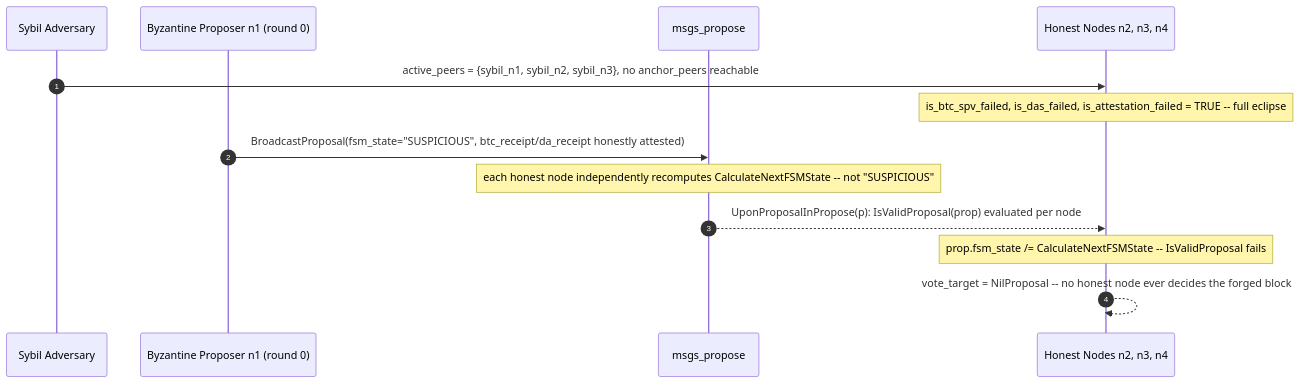
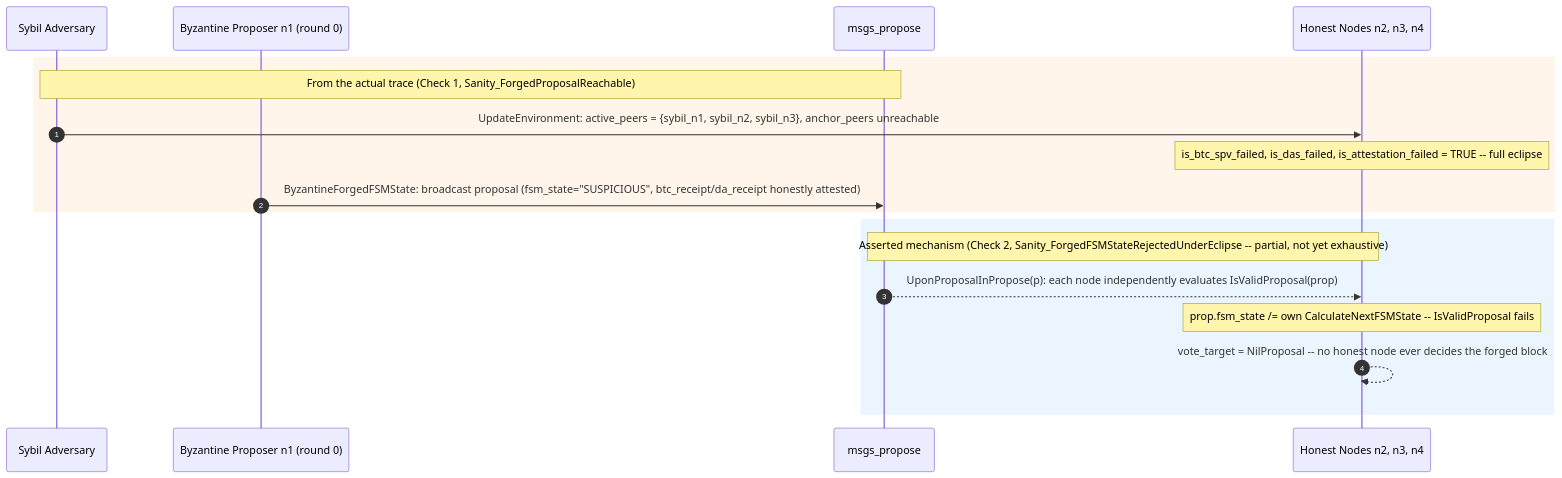
Before and after one commit to cuongct924/engram-sovereign-fsm: the ninth of 9 diagrams in spec/README.md, drawn with Mermaid. The commit also changed other lines of this file and 4 other files, not shown here.

````diff
--- a/spec/README.md
+++ b/spec/README.md
@@ -979,16 +1003,21 @@
 ```mermaid
 sequenceDiagram
     autonumber
     participant Adv as Sybil Adversary
     participant B as Byzantine Proposer n1 (round 0)
     participant Q as msgs_propose
     participant V as Honest Nodes n2, n3, n4
 
-    Adv->>V: active_peers = {sybil_n1, sybil_n2, sybil_n3}, no anchor_peers reachable
+    rect rgb(255, 245, 235)
+    Note over Adv,Q: From the actual trace (Check 1, Sanity_ForgedProposalReachable)
+    Adv->>V: UpdateEnvironment: active_peers = {sybil_n1, sybil_n2, sybil_n3}, anchor_peers unreachable
     Note over V: is_btc_spv_failed, is_das_failed, is_attestation_failed = TRUE -- full eclipse
-    B->>Q: BroadcastProposal(fsm_state="SUSPICIOUS", btc_receipt/da_receipt honestly attested)
-    Note over Q: each honest node independently recomputes CalculateNextFSMState -- not "SUSPICIOUS"
-    Q-->>V: UponProposalInPropose(p): IsValidProposal(prop) evaluated per node
-    Note over V: prop.fsm_state /= CalculateNextFSMState -- IsValidProposal fails
+    B->>Q: ByzantineForgedFSMState: broadcast proposal (fsm_state="SUSPICIOUS", btc_receipt/da_receipt honestly attested)
+    end
+    rect rgb(235, 245, 255)
+    Note over Q,V: Asserted mechanism (Check 2, Sanity_ForgedFSMStateRejectedUnderEclipse -- partial, not yet exhaustive)
+    Q-->>V: UponProposalInPropose(p): each node independently evaluates IsValidProposal(prop)
+    Note over V: prop.fsm_state /= own CalculateNextFSMState -- IsValidProposal fails
     V-->>V: vote_target = NilProposal -- no honest node ever decides the forged block
+    end
 ```
````
